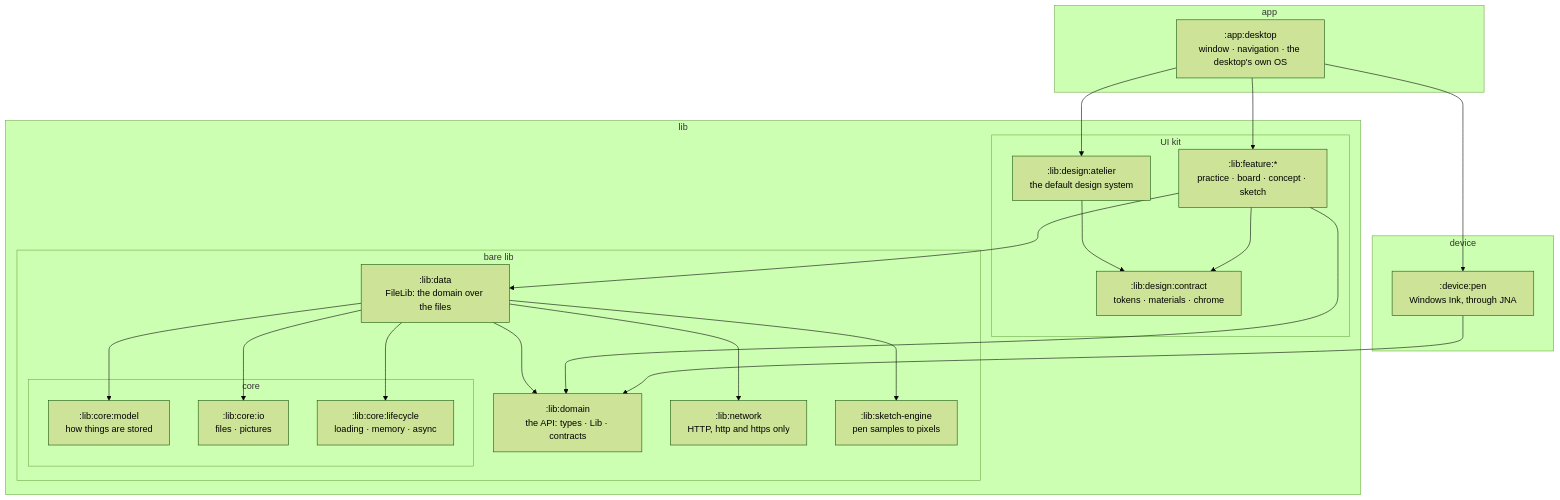
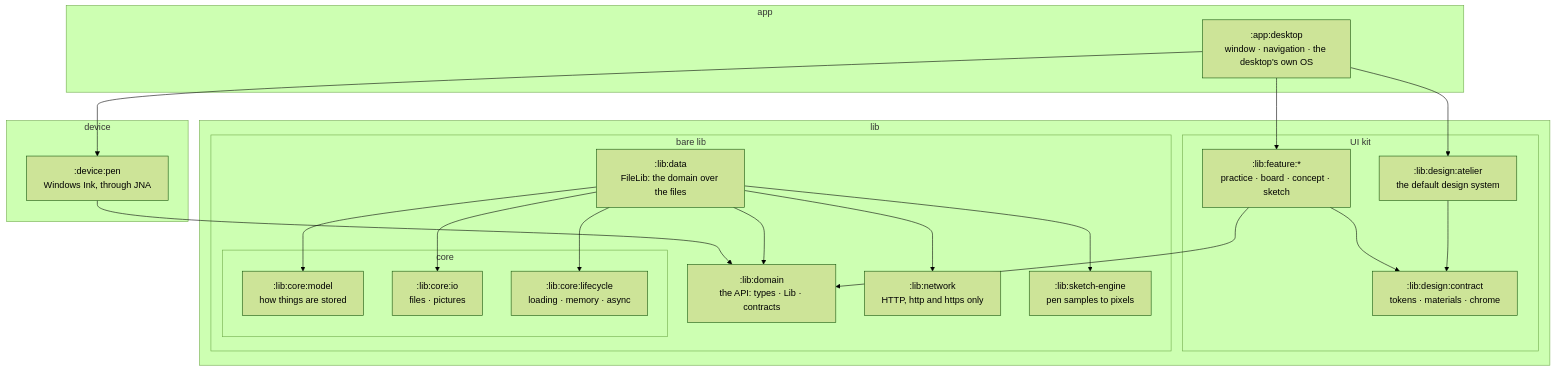
Before and after one commit to cwellm/ActionDraw: the first of 2 diagrams in docs/Architecture.md, drawn with Mermaid (forest theme). The commit also changed other lines of this file and 95 other files, not shown here.

````diff
--- a/docs/Architecture.md
+++ b/docs/Architecture.md
@@ -17,41 +17,40 @@
 ```mermaid
 flowchart TB
   subgraph APP["app"]
     desktop[":app:desktop<br/>window · navigation · the desktop's own OS"]
   end
   subgraph DEVICE["device"]
     pen[":device:pen<br/>Windows Ink, through JNA"]
   end
   subgraph LIB["lib"]
     subgraph UI["UI kit"]
       features[":lib:feature:*<br/>practice · board · concept · sketch"]
       atelier[":lib:design:atelier<br/>the default design system"]
       contract[":lib:design:contract<br/>tokens · materials · chrome"]
     end
     subgraph BARE["bare lib"]
       data[":lib:data<br/>FileLib: the domain over the files"]
       domain[":lib:domain<br/>the API: types · Lib · contracts"]
       network[":lib:network<br/>HTTP, http and https only"]
       engine[":lib:sketch-engine<br/>pen samples to pixels"]
       subgraph CORE["core"]
         model[":lib:core:model<br/>how things are stored"]
         io[":lib:core:io<br/>files · pictures"]
         lifecycle[":lib:core:lifecycle<br/>loading · memory · async"]
       end
     end
   end
   desktop --> features
   desktop --> atelier
   desktop --> pen
   pen --> domain
   features --> contract
   features --> domain
-  features --> data
   atelier --> contract
   data --> domain
   data --> model
   data --> io
   data --> lifecycle
   data --> network
   data --> engine
 ```
````
